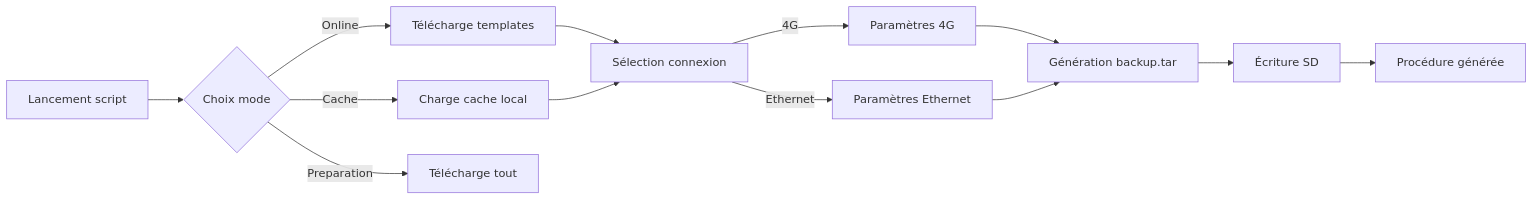
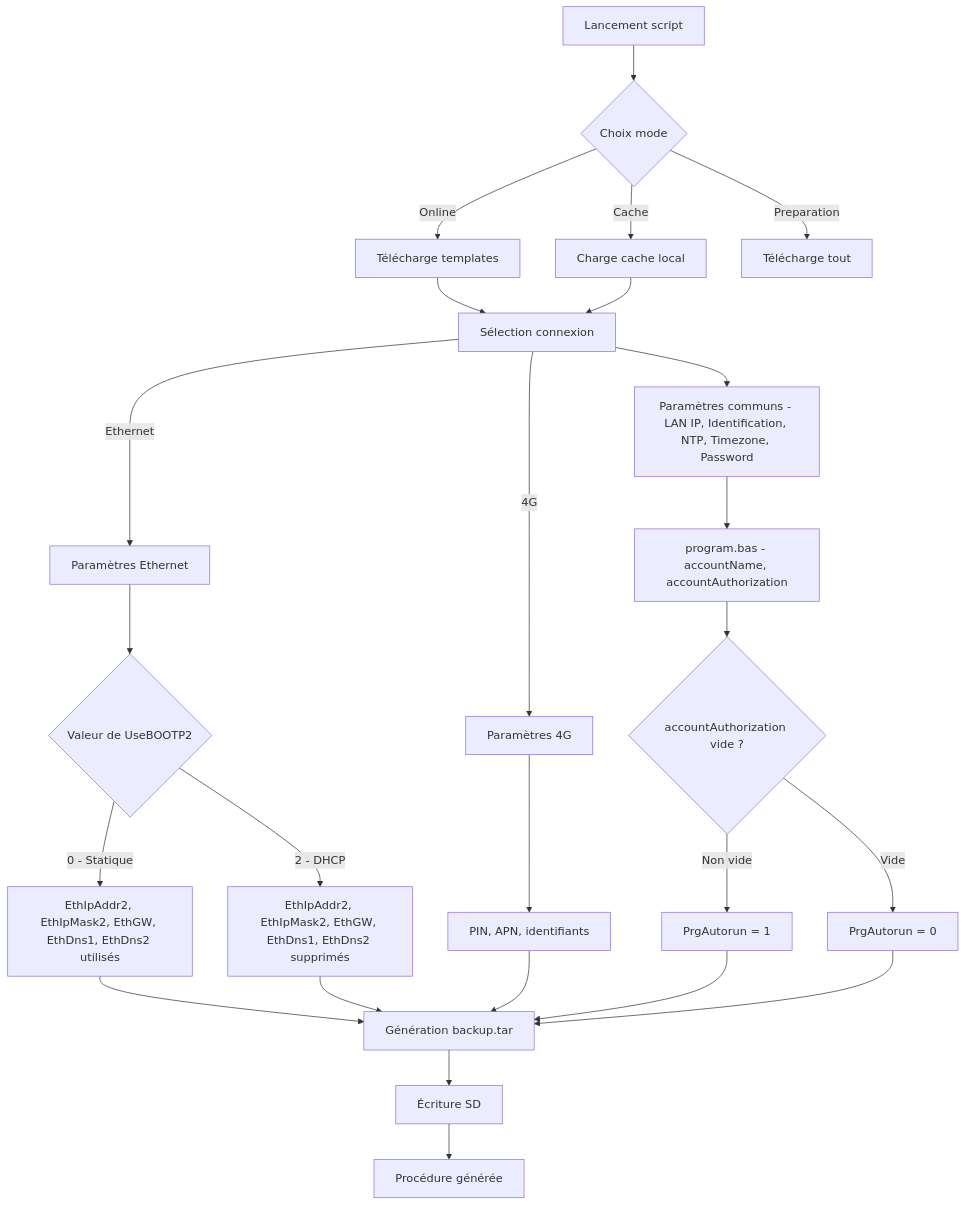
The diagram in README.md (JohannPx/ewon-flexy-config), drawn with Mermaid before and after one commit.

Commit message:
[Docs] Mise à jour du workflow Mermaid dans README
- Ajout du paramètre dynamique PrgAutorun lié à accountAuthorization
- Intégration de la logique UseBOOTP2 (0=Statique, 2=DHCP) et suppression auto des IP/DNS
- Clarification des chemins 4G vs Ethernet avec suppression des paramètres inutilisés
- Diagramme Mermaid corrigé pour compatibilité syntaxe et rendu valide

````diff
--- a/README.md
+++ b/README.md
@@ -135,19 +135,41 @@
 ```mermaid
-graph LR
+graph TD
     A[Lancement script] --> B{Choix mode}
     B -->|Online| C[Télécharge templates]
     B -->|Cache| D[Charge cache local]
     B -->|Preparation| E[Télécharge tout]
-    
+
     C --> F[Sélection connexion]
     D --> F
-    
-    F -->|4G| G[Paramètres 4G]
-    F -->|Ethernet| H[Paramètres Ethernet]
-    
-    G --> I[Génération backup.tar]
-    H --> I
-    
-    I --> J[Écriture SD]
-    J --> K[Procédure générée]
+
+    F -->|Ethernet| G[Paramètres Ethernet]
+    F -->|4G| H[Paramètres 4G]
+
+    %% Ethernet dynamique
+    G --> I{Valeur de UseBOOTP2}
+    I -->|0 - Statique| J[EthIpAddr2, EthIpMask2, EthGW, EthDns1, EthDns2 utilisés]
+    I -->|2 - DHCP| K[EthIpAddr2, EthIpMask2, EthGW, EthDns1, EthDns2 supprimés]
+
+    %% 4G dynamique
+    H --> L[PIN, APN, identifiants]
+
+    %% Paramètre program.bas
+    F --> M[Paramètres communs - LAN IP, Identification, NTP, Timezone, Password]
+    M --> N[program.bas - accountName, accountAuthorization]
+
+    %% Lien vers PrgAutorun
+    N --> O{accountAuthorization vide ?}
+    O -->|Non vide| P[PrgAutorun = 1]
+    O -->|Vide| Q[PrgAutorun = 0]
+
+    %% Convergence
+    J --> R[Génération backup.tar]
+    K --> R
+    L --> R
+    P --> R
+    Q --> R
+
+    R --> S[Écriture SD]
+    S --> T[Procédure générée]
+
 ```
````
